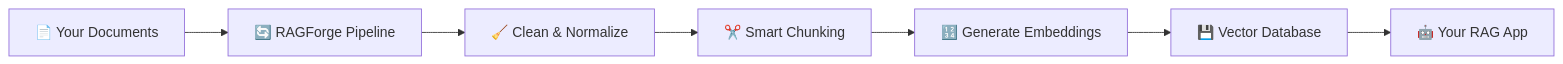
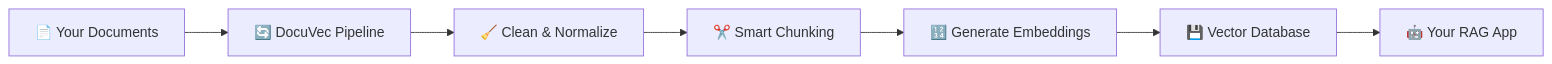
One commit to sofianedjerbi/docuvec changed the diagram in README.md. Above: the diagram before and after it, drawn with Mermaid. The commit also changed other lines of this file, not shown here.

````diff
--- a/README.md
+++ b/README.md
@@ -95,9 +95,9 @@
 ```mermaid
 graph LR
-    A[📄 Your Documents] --> B[🔄 RAGForge Pipeline]
+    A[📄 Your Documents] --> B[🔄 DocuVec Pipeline]
     B --> C[🧹 Clean & Normalize]
     C --> D[✂️ Smart Chunking]
     D --> E[🔢 Generate Embeddings]
     E --> F[💾 Vector Database]
     F --> G[🤖 Your RAG App]
 ```
````
